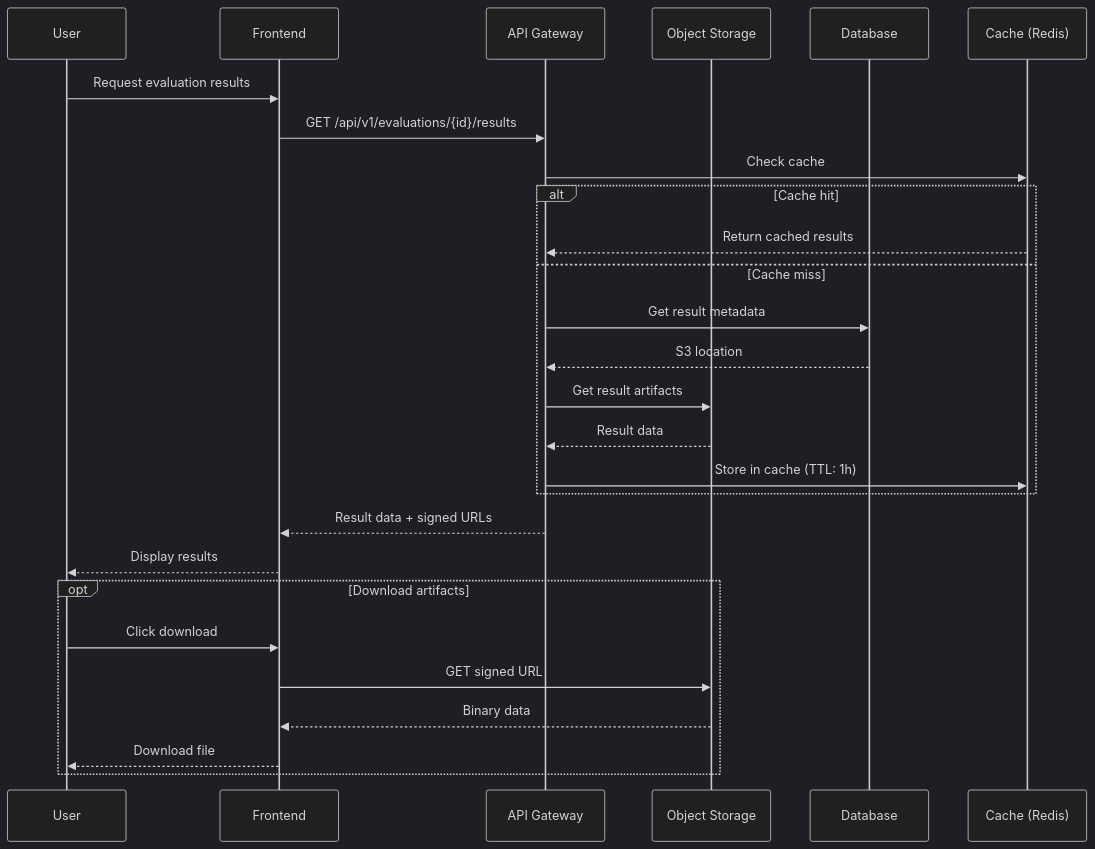
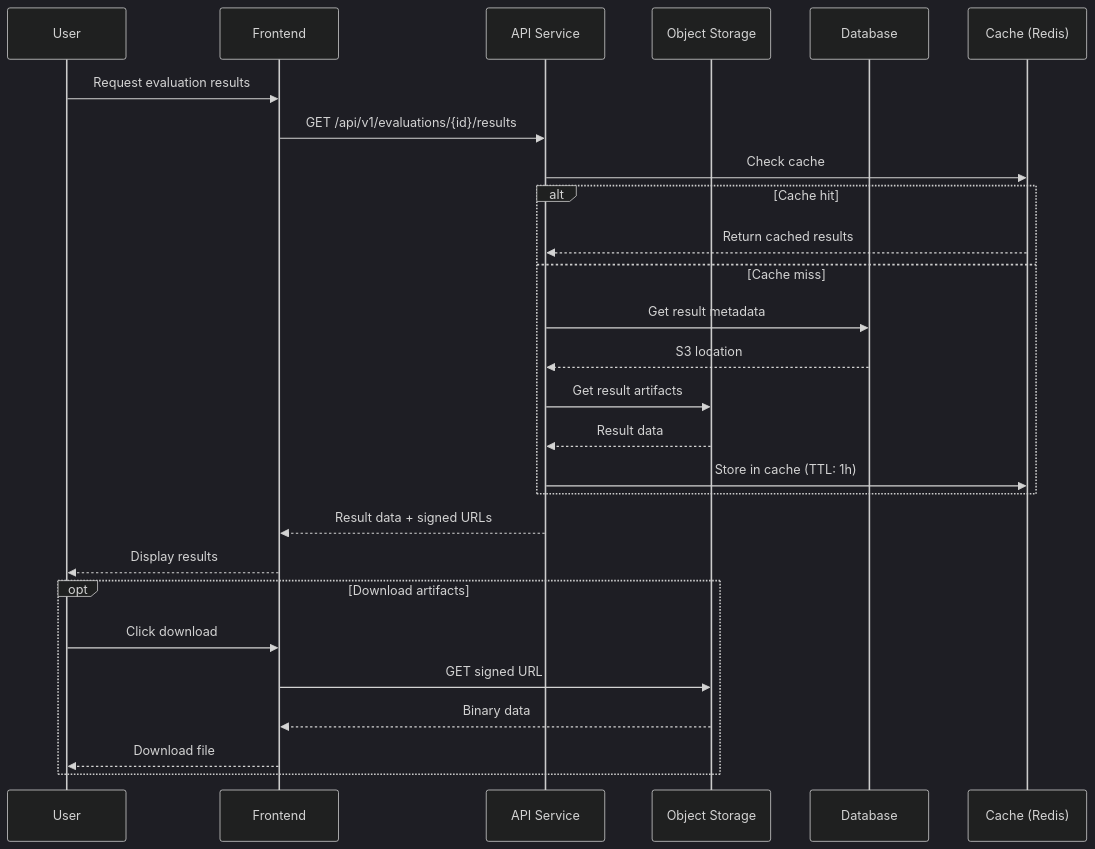
Before and after one commit to VeylanSolmira/crucible-eval-platform: the fourth of 7 diagrams in architecture.md, drawn with Mermaid (dark theme). The commit also changed other lines of this file and 122 other files, not shown here.

````diff
--- a/architecture.md
+++ b/architecture.md
@@ -652,33 +653,33 @@
 ```mermaid
 sequenceDiagram
     participant U as User
     participant F as Frontend
-    participant API as API Gateway
+    participant API as API Service
     participant S3 as Object Storage
     participant DB as Database
     participant C as Cache (Redis)
 
     U->>F: Request evaluation results
     F->>API: GET /api/v1/evaluations/{id}/results
     
     API->>C: Check cache
     alt Cache hit
         C-->>API: Return cached results
     else Cache miss
         API->>DB: Get result metadata
         DB-->>API: S3 location
         API->>S3: Get result artifacts
         S3-->>API: Result data
         API->>C: Store in cache (TTL: 1h)
     end
     
     API-->>F: Result data + signed URLs
     F-->>U: Display results
     
     opt Download artifacts
         U->>F: Click download
         F->>S3: GET signed URL
         S3-->>F: Binary data
         F-->>U: Download file
     end
 ```
````
